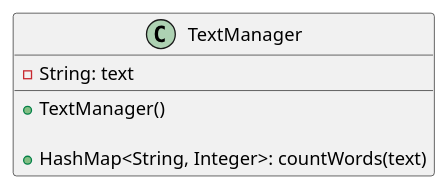
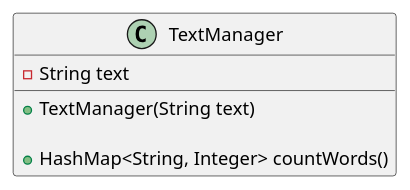
Before and after one commit to mplekunov/Assignment_3: the diagram in src/main/resources/ex46/ClassDiagrams/TextManager.puml, drawn with PlantUML. The commit also changed 155 other files, not shown here.

```diff
--- a/src/main/resources/ex46/ClassDiagrams/TextManager.puml
+++ b/src/main/resources/ex46/ClassDiagrams/TextManager.puml
@@ -1,12 +1,12 @@
 @startuml
 'https://plantuml.com/class-diagram
 
 class TextManager {
-    -String: text
+    -String text
 
-    +TextManager()
+    +TextManager(String text)
 
-    +HashMap<String, Integer>: countWords(text)
+    +HashMap<String, Integer> countWords()
 }
 
 @enduml
```
